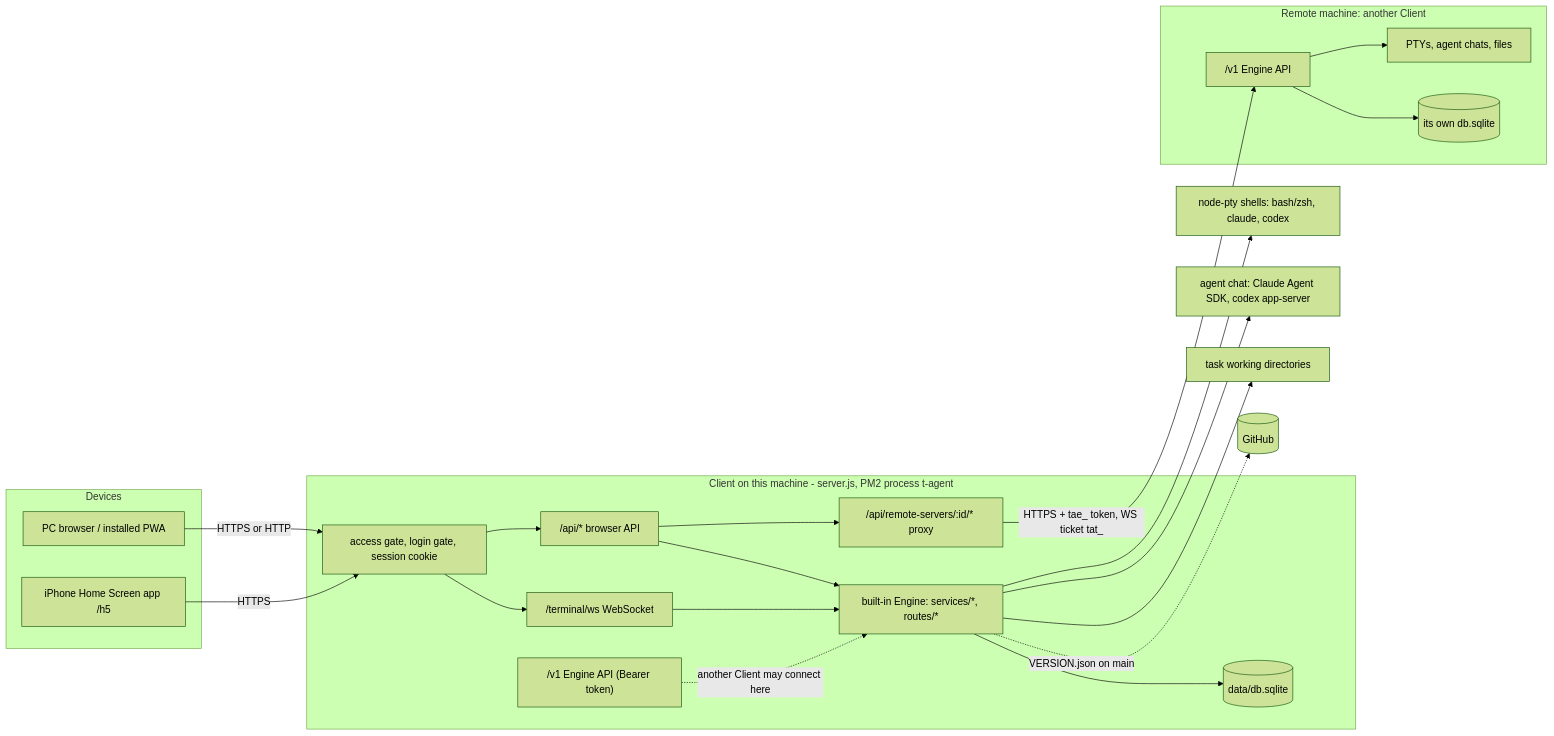
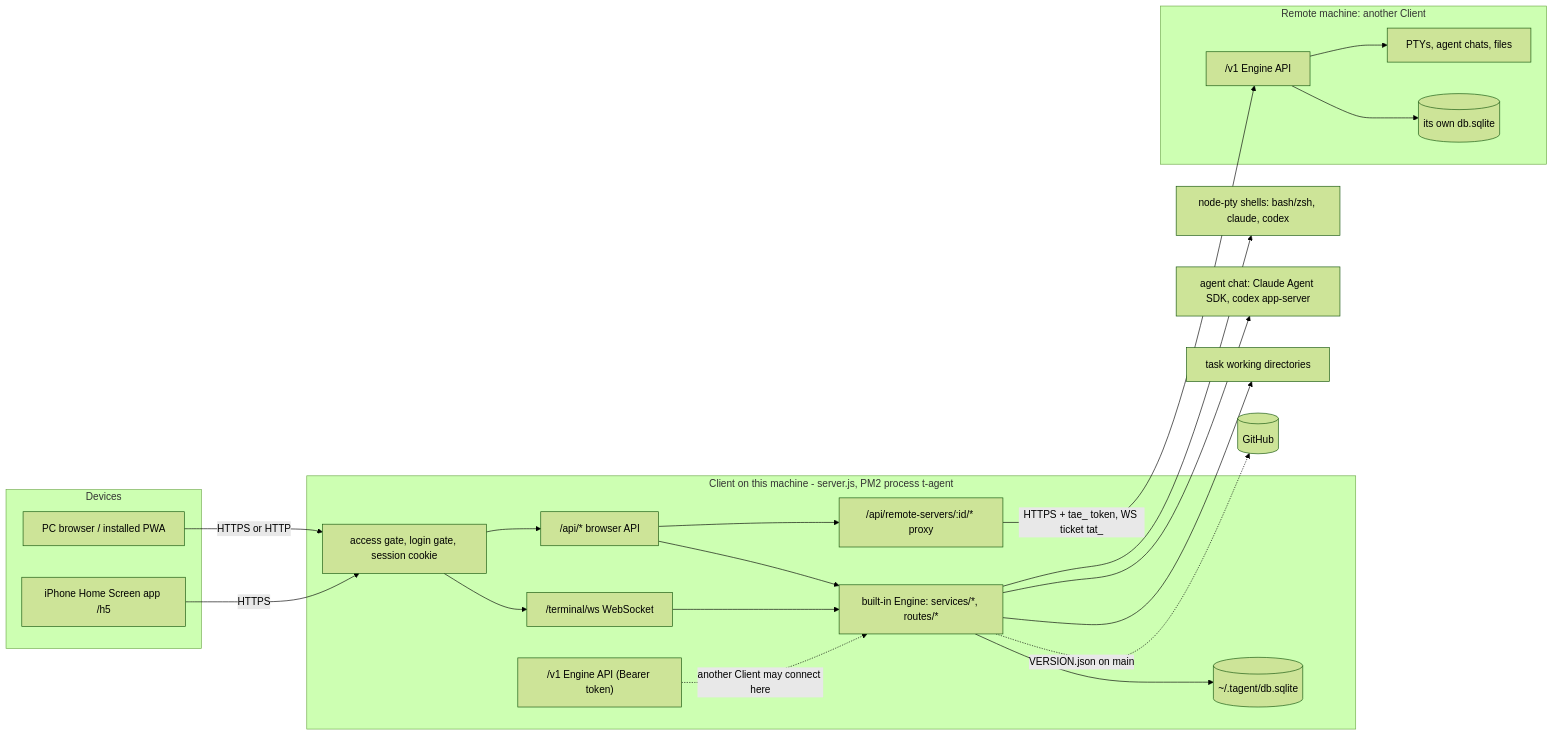
Before and after one commit to TorinMars/t-agent: the diagram in DESIGN.md, drawn with Mermaid (forest theme). The commit also changed other lines of this file and 15 other files, not shown here.

First line of the commit message:
Move runtime data to ~/.tagent with one-time copy, lock and schema check

````diff
--- a/DESIGN.md
+++ b/DESIGN.md
@@ -144,37 +144,37 @@
 ```mermaid
 flowchart LR
     subgraph Devices
       PC[PC browser / installed PWA]
       Phone[iPhone Home Screen app /h5]
     end
     subgraph ClientA[Client on this machine - server.js, PM2 process t-agent]
       Gates[access gate, login gate, session cookie]
       API["/api/* browser API"]
       WS["/terminal/ws WebSocket"]
       Proxy["/api/remote-servers/:id/* proxy"]
       LocalEngine["built-in Engine: services/*, routes/*"]
       V1["/v1 Engine API (Bearer token)"]
-      DB[(data/db.sqlite)]
+      DB[(~/.tagent/db.sqlite)]
     end
     subgraph Remote[Remote machine: another Client]
       RV1["/v1 Engine API"]
       RPTY[PTYs, agent chats, files]
       RDB[(its own db.sqlite)]
     end
     PC -->|HTTPS or HTTP| Gates
     Phone -->|HTTPS| Gates
     Gates --> API
     Gates --> WS
     API --> LocalEngine
     WS --> LocalEngine
     API --> Proxy
     Proxy -->|"HTTPS + tae_ token, WS ticket tat_"| RV1
     RV1 --> RPTY
     RV1 --> RDB
     LocalEngine --> DB
     LocalEngine --> PTY["node-pty shells: bash/zsh, claude, codex"]
     LocalEngine --> Chat["agent chat: Claude Agent SDK, codex app-server"]
     LocalEngine --> FS["task working directories"]
     LocalEngine -.->|"VERSION.json on main"| GitHub[(GitHub)]
     V1 -.->|another Client may connect here| LocalEngine
 ```
````
